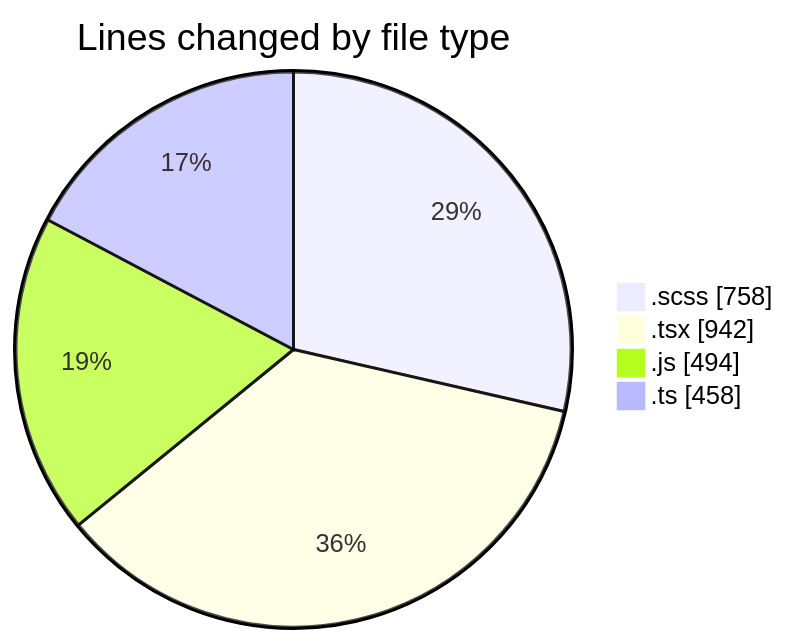
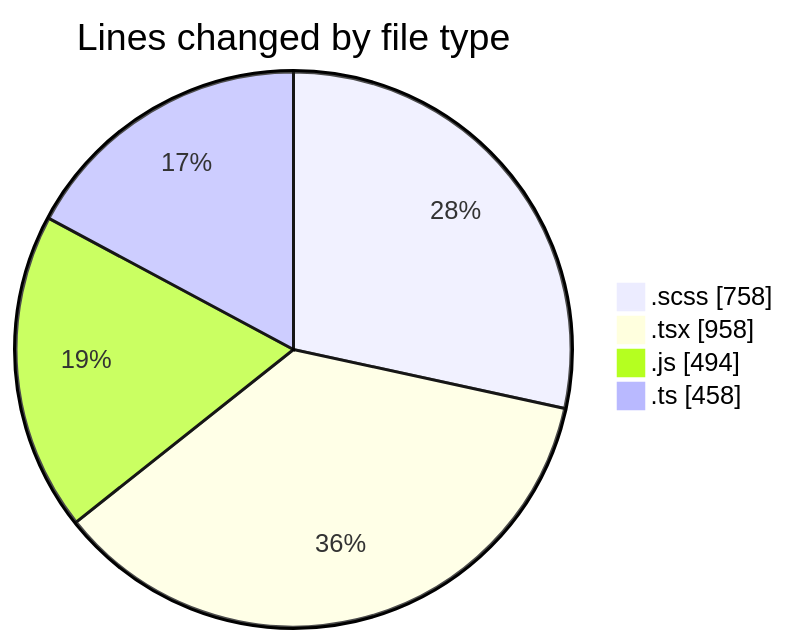
One commit to momahboobian/code-tracking changed the first of 2 diagrams in 2025-03-14/cda/README.md. Above: the diagram before and after it, drawn with Mermaid. The commit also changed other lines of this file and 1 other file, not shown here.

````diff
--- a/2025-03-14/cda/README.md
+++ b/2025-03-14/cda/README.md
@@ -34,8 +34,8 @@
 ```mermaid
 pie showData
 title Lines changed by file type
 ".scss" : 758
-".tsx" : 942
+".tsx" : 958
 ".js" : 494
 ".ts" : 458
 ```
````
